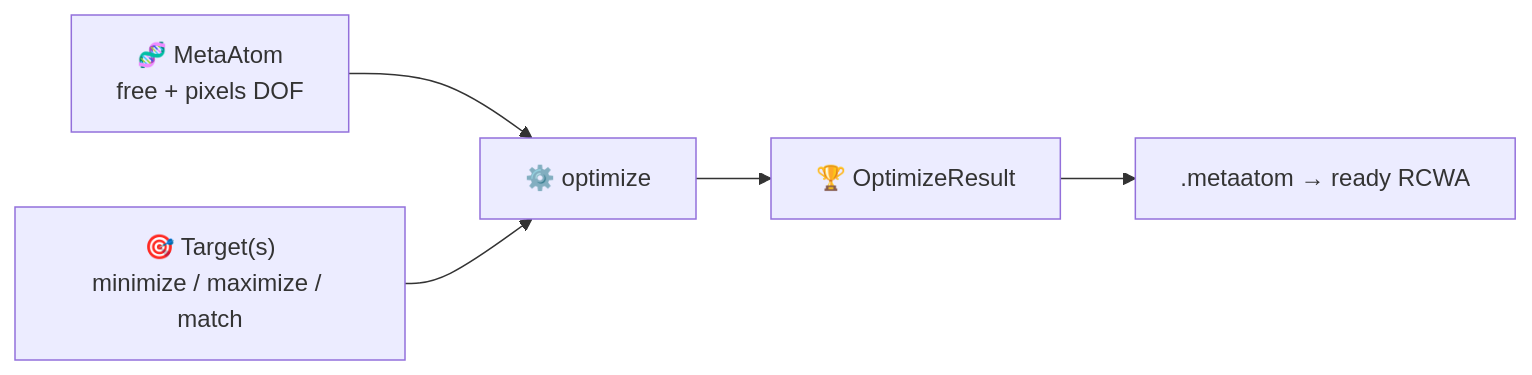
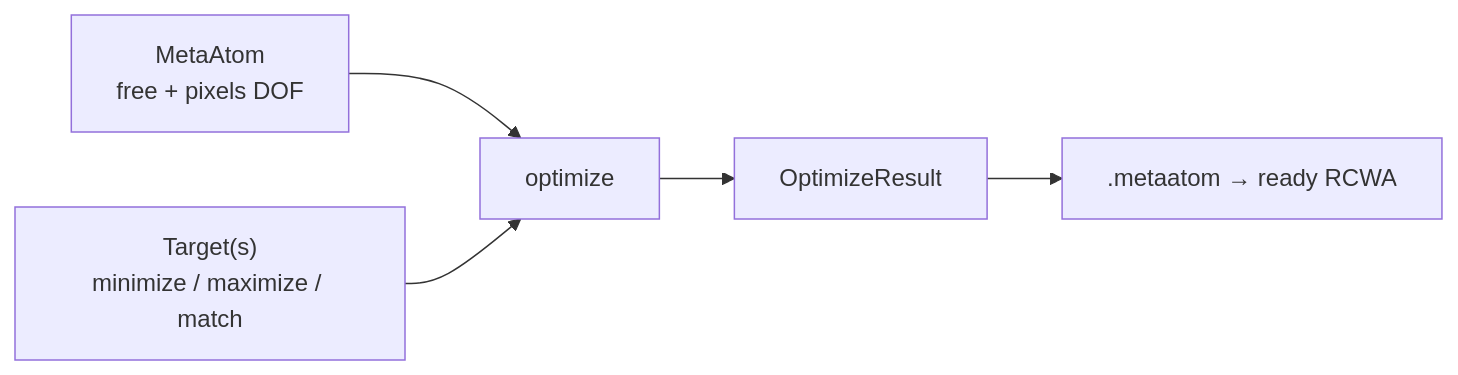
One commit to CAVITYtechnologies/ikarus changed the diagram in docs/api/inverse.md. Above: the diagram before and after it, drawn with Mermaid. The commit also changed 29 other files, not shown here.

````diff
--- a/docs/api/inverse.md
+++ b/docs/api/inverse.md
@@ -15,7 +15,7 @@
 ```mermaid
 flowchart LR
-    A["🧬 MetaAtom<br/>free + pixels DOF"] --> O["⚙️ optimize"]
-    T["🎯 Target(s)<br/>minimize / maximize / match"] --> O
-    O --> Rres["🏆 OptimizeResult"]
+    A["MetaAtom<br/>free + pixels DOF"] --> O["optimize"]
+    T["Target(s)<br/>minimize / maximize / match"] --> O
+    O --> Rres["OptimizeResult"]
     Rres --> RC[".metaatom → ready RCWA"]
 ```
````
